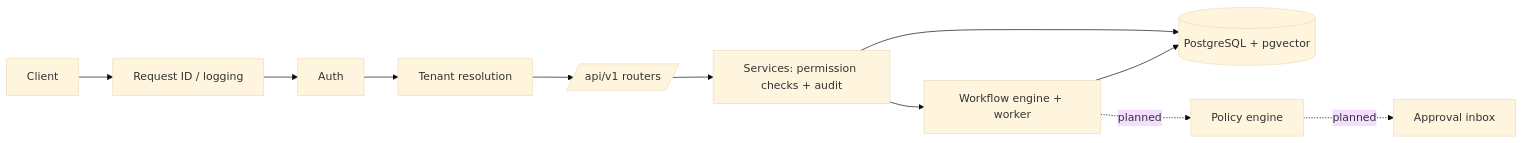
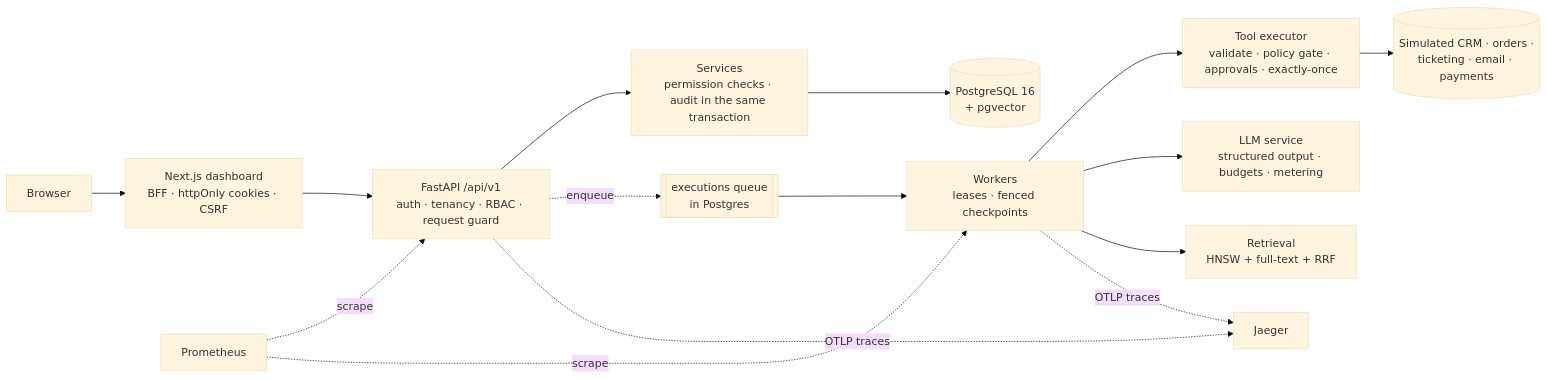
Before and after one commit to Ahmad-Joker/solutionforge: the diagram in README.md, drawn with Mermaid (base theme). The commit also changed other lines of this file and 14 other files, not shown here.

````diff
--- a/README.md
+++ b/README.md
@@ -36,8 +80,15 @@
 ```mermaid
 flowchart LR
-  C[Client] --> MW[Request ID / logging] --> A[Auth] --> T[Tenant resolution] --> R[/api/v1 routers/]
-  R --> S[Services: permission checks + audit]
-  S --> DB[(PostgreSQL + pgvector)]
-  S --> WF[Workflow engine + worker] --> DB
-  WF -. planned .-> P[Policy engine] -. planned .-> H[Approval inbox]
+  B[Browser] --> W[Next.js dashboard<br/>BFF · httpOnly cookies · CSRF]
+  W --> A[FastAPI /api/v1<br/>auth · tenancy · RBAC · request guard]
+  A --> S[Services<br/>permission checks · audit in the same transaction]
+  S --> DB[(PostgreSQL 16<br/>+ pgvector)]
+  A -. enqueue .-> Q[[executions queue<br/>in Postgres]]
+  Q --> WK[Workers<br/>leases · fenced checkpoints]
+  WK --> T[Tool executor<br/>validate · policy gate · approvals · exactly-once]
+  WK --> L[LLM service<br/>structured output · budgets · metering]
+  WK --> R[Retrieval<br/>HNSW + full-text + RRF]
+  T --> X[(Simulated CRM · orders ·<br/>ticketing · email · payments)]
+  A & WK -. OTLP traces .-> J[Jaeger]
+  P[Prometheus] -. scrape .-> A & WK
 ```
````
